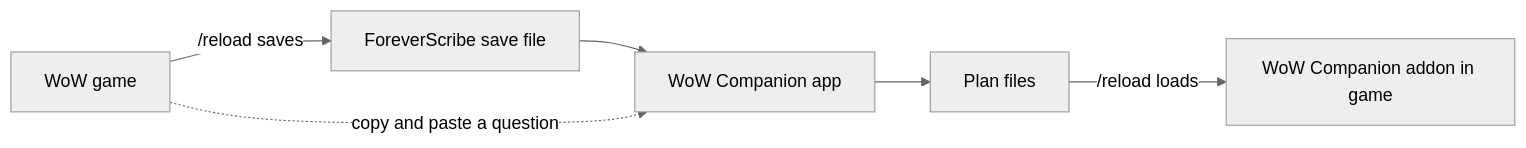
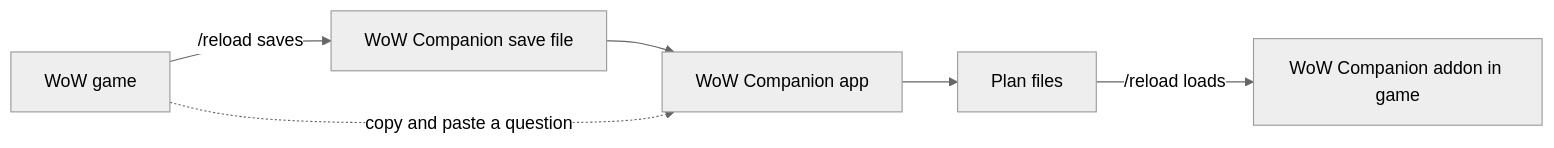
One commit to WoW-Companion/advisor changed the diagram in README.md. Above: the diagram before and after it, drawn with Mermaid (neutral theme). The commit also changed other lines of this file and 48 other files, not shown here.

````diff
--- a/README.md
+++ b/README.md
@@ -38,8 +38,8 @@
 ```mermaid
 flowchart LR
-    G[WoW game] -->|/reload saves| S[ForeverScribe save file]
+    G[WoW game] -->|/reload saves| S[WoW Companion save file]
     S --> A[WoW Companion app]
     A --> F[Plan files]
     F -->|/reload loads| D[WoW Companion addon in game]
     G -.->|copy and paste a question| A
 ```
````
